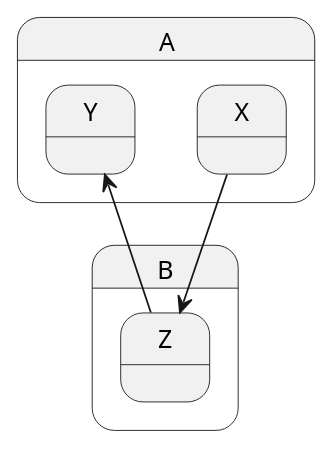
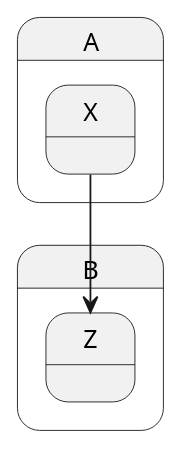
Before and after one commit to augmem/cortext.cpp: the eighth of 44 diagrams in reference/plantuml/state-diagram.md, drawn with PlantUML. The commit also changed other lines of this file and 86 other files, not shown here.

Commit message:
Update memory architecture and consolidation

````diff
--- a/reference/plantuml/state-diagram.md
+++ b/reference/plantuml/state-diagram.md
@@ -82,16 +89,11 @@
-@startuml
+```plantuml
 state A {
   state X {
   }
-  state Y {
+}
+state B {
+  state Z {
   }
 }
-
-state B {
-state Z {
-}
-}
-
 X --> Z
-Z --> Y
-@enduml </plantuml>
+```
````
